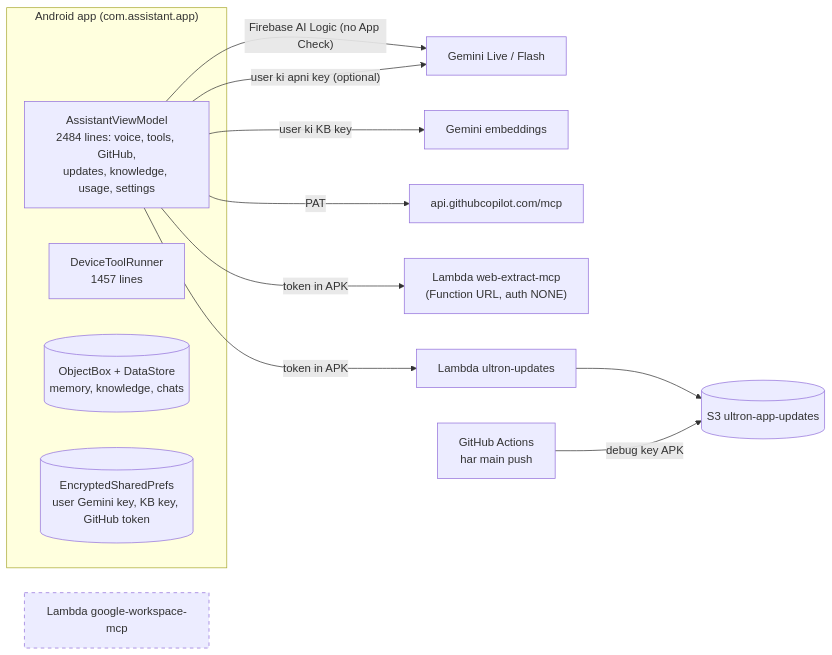
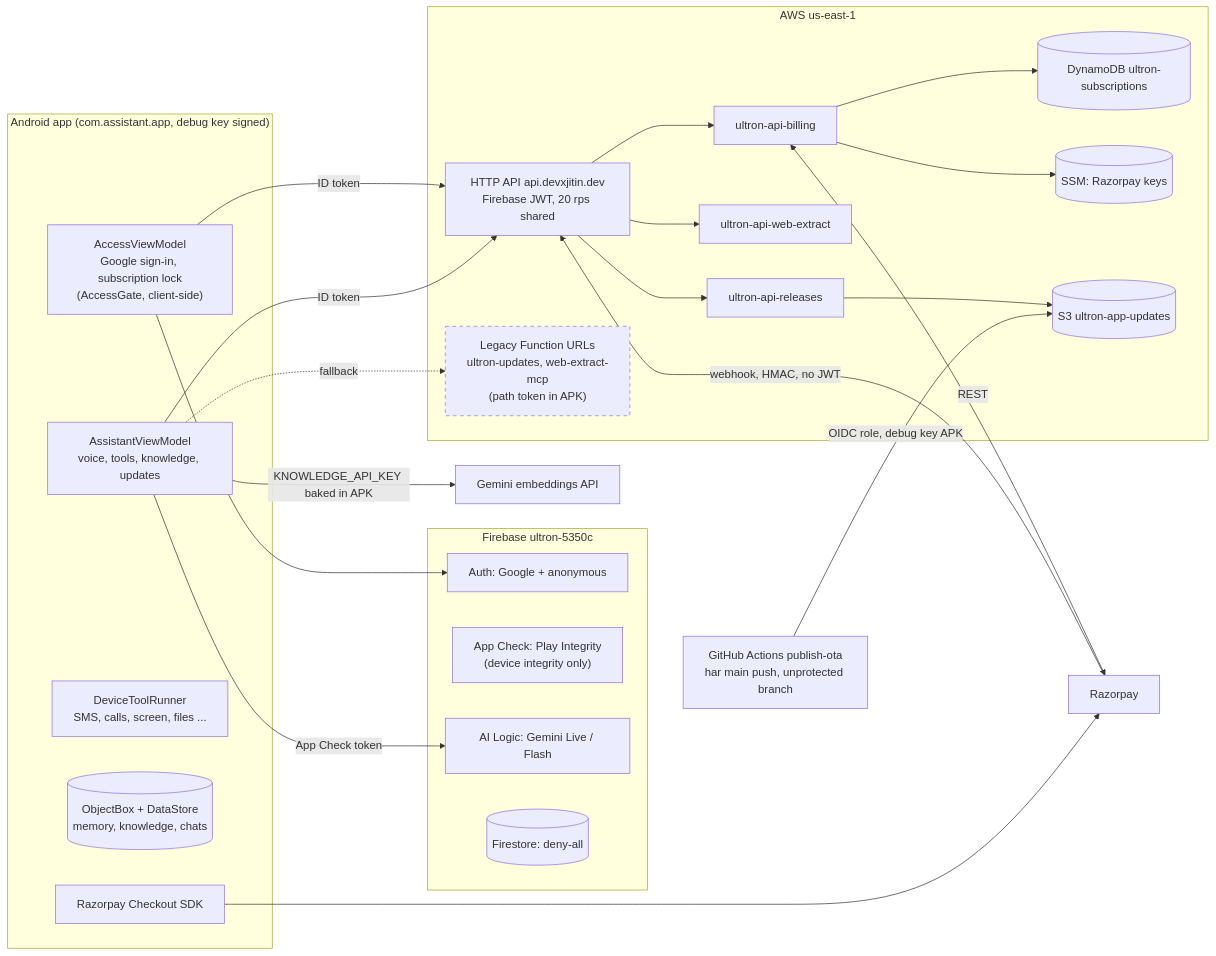
The first of 4 diagrams in docs/ARCHITECTURE.md (devxjitin/ultron-android), drawn with Mermaid before and after one commit. The commit also changed other lines of this file and 3 other files, not shown here.

First line of the commit message:
fix(billing): reconcile stale subscriptions, avoid duplicate checkouts, fail closed on missing secrets

````diff
--- a/docs/ARCHITECTURE.md
+++ b/docs/ARCHITECTURE.md
@@ -30,18 +34,40 @@
 ```mermaid
 flowchart LR
-  subgraph Phone["Android app (com.assistant.app)"]
-    VM["AssistantViewModel<br/>2484 lines: voice, tools, GitHub,<br/>updates, knowledge, usage, settings"]
-    DTR["DeviceToolRunner<br/>1457 lines"]
+  subgraph Phone["Android app (com.assistant.app, debug key signed)"]
+    ACC["AccessViewModel<br/>Google sign-in, subscription lock<br/>(AccessGate, client-side)"]
+    VM["AssistantViewModel<br/>voice, tools, knowledge, updates"]
+    DTR["DeviceToolRunner<br/>SMS, calls, screen, files ..."]
     OB[("ObjectBox + DataStore<br/>memory, knowledge, chats")]
-    KS[("EncryptedSharedPrefs<br/>user Gemini key, KB key, GitHub token")]
+    RZC["Razorpay Checkout SDK"]
   end
-  VM -->|"Firebase AI Logic (no App Check)"| GEM["Gemini Live / Flash"]
-  VM -->|"user ki apni key (optional)"| GEM
-  VM -->|"user ki KB key"| EMB["Gemini embeddings"]
-  VM -->|"PAT"| GH["api.githubcopilot.com/mcp"]
-  VM -->|"token in APK"| WX["Lambda web-extract-mcp<br/>(Function URL, auth NONE)"]
-  VM -->|"token in APK"| UPD["Lambda ultron-updates"] --> S3[("S3 ultron-app-updates")]
-  CI["GitHub Actions<br/>har main push"] -->|"debug key APK"| S3
-  GW["Lambda google-workspace-mcp"]:::dead
-  classDef dead stroke-dasharray: 5 5
+  subgraph Firebase["Firebase ultron-5350c"]
+    AUTH["Auth: Google + anonymous"]
+    AC["App Check: Play Integrity<br/>(device integrity only)"]
+    AIL["AI Logic: Gemini Live / Flash"]
+    FS[("Firestore: deny-all")]
+  end
+  subgraph AWS["AWS us-east-1"]
+    APIGW["HTTP API api.devxjitin.dev<br/>Firebase JWT, 20 rps shared"]
+    REL["ultron-api-releases"]
+    WXN["ultron-api-web-extract"]
+    BILL["ultron-api-billing"]
+    DDB[("DynamoDB ultron-subscriptions")]
+    SSM[("SSM: Razorpay keys")]
+    S3[("S3 ultron-app-updates")]
+    OLD["Legacy Function URLs<br/>ultron-updates, web-extract-mcp<br/>(path token in APK)"]:::legacy
+  end
+  ACC --> AUTH
+  VM -->|"App Check token"| AIL
+  VM -->|"KNOWLEDGE_API_KEY baked in APK"| EMB["Gemini embeddings API"]
+  ACC -->|"ID token"| APIGW
+  VM -->|"ID token"| APIGW
+  VM -.->|"fallback"| OLD
+  APIGW --> REL & WXN & BILL
+  REL --> S3
+  BILL --> DDB & SSM
+  BILL <-->|"REST"| RZ["Razorpay"]
+  RZC --> RZ
+  RZ -->|"webhook, HMAC, no JWT"| APIGW
+  CI["GitHub Actions publish-ota<br/>har main push, unprotected branch"] -->|"OIDC role, debug key APK"| S3
+  classDef legacy stroke-dasharray: 5 5
 ```
````
